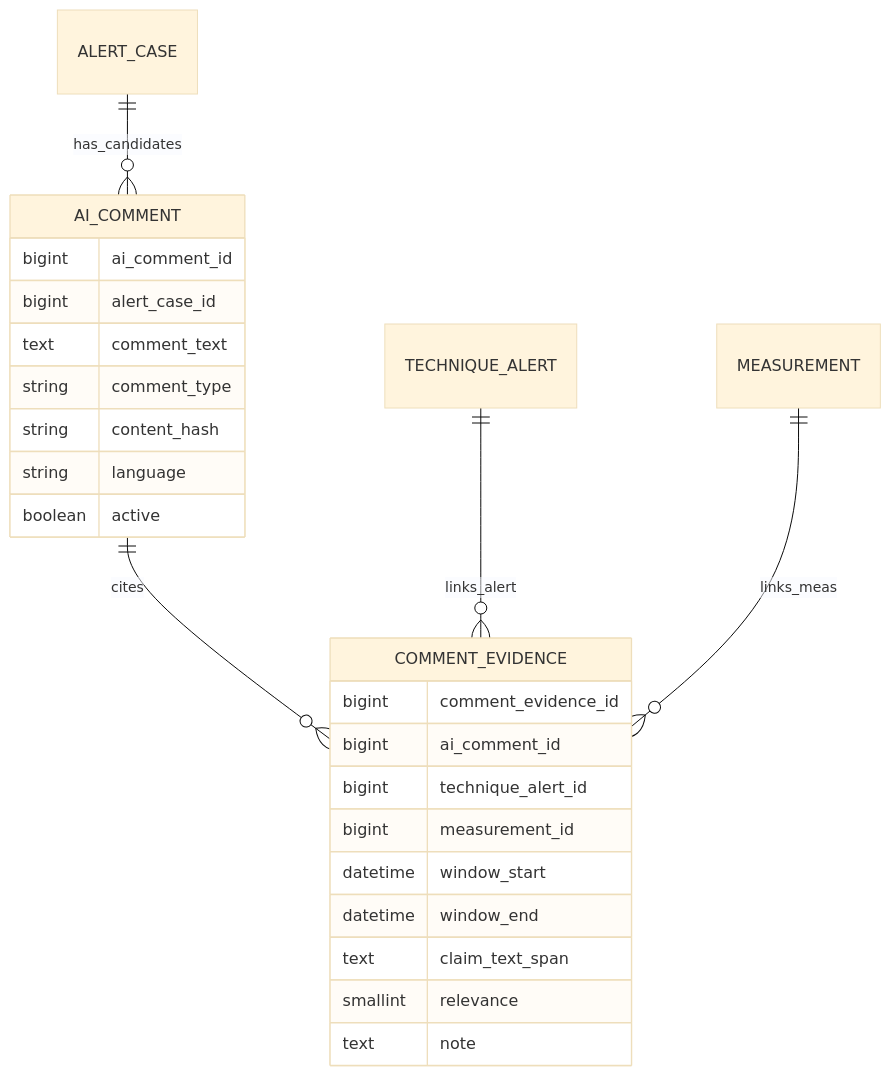
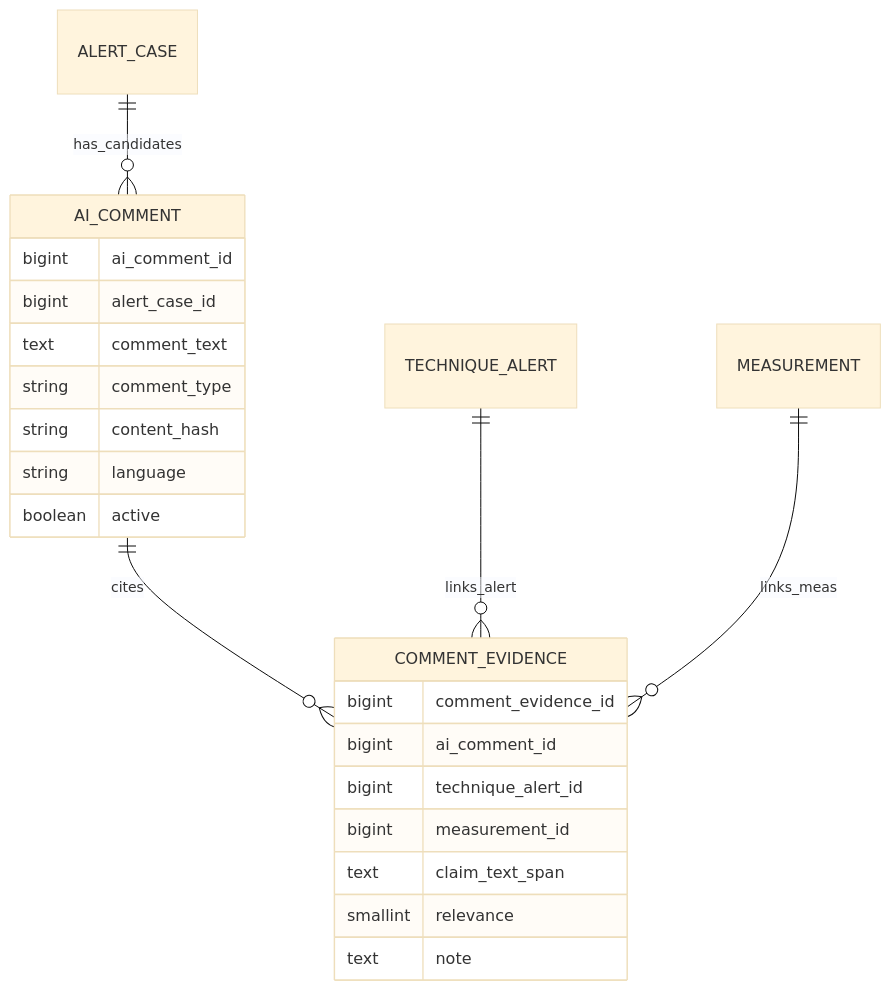
Before and after one commit to portizv26/oil_analysis: the fifth of 6 diagrams in data_contracts.md, drawn with Mermaid (base theme). The commit also changed other lines of this file, not shown here.

````diff
--- a/data_contracts.md
+++ b/data_contracts.md
@@ -219,28 +208,26 @@
 ```mermaid
 erDiagram
-  ALERT_CASE ||--o{ AI_COMMENT : has_candidates
-  AI_COMMENT ||--o{ COMMENT_EVIDENCE : cites
-  TECHNIQUE_ALERT ||--o{ COMMENT_EVIDENCE : links_alert
-  MEASUREMENT ||--o{ COMMENT_EVIDENCE : links_meas
+    ALERT_CASE ||--o{ AI_COMMENT : has_candidates
+    AI_COMMENT ||--o{ COMMENT_EVIDENCE : cites
+    TECHNIQUE_ALERT ||--o{ COMMENT_EVIDENCE : links_alert
+    MEASUREMENT ||--o{ COMMENT_EVIDENCE : links_meas
 
-  AI_COMMENT {
-    bigint ai_comment_id
-    bigint alert_case_id
-    text comment_text
-    string comment_type
-    string content_hash
-    string language
-    boolean active
-  }
-  COMMENT_EVIDENCE {
-    bigint comment_evidence_id
-    bigint ai_comment_id
-    bigint technique_alert_id
-    bigint measurement_id
-    datetime window_start
-    datetime window_end
-    text claim_text_span
-    smallint relevance
-    text note
-  }
+    AI_COMMENT {
+        bigint ai_comment_id
+        bigint alert_case_id
+        text comment_text
+        string comment_type
+        string content_hash
+        string language
+        boolean active
+    }
+    COMMENT_EVIDENCE {
+        bigint comment_evidence_id
+        bigint ai_comment_id
+        bigint technique_alert_id
+        bigint measurement_id
+        text claim_text_span
+        smallint relevance
+        text note
+    }
 ```
````
